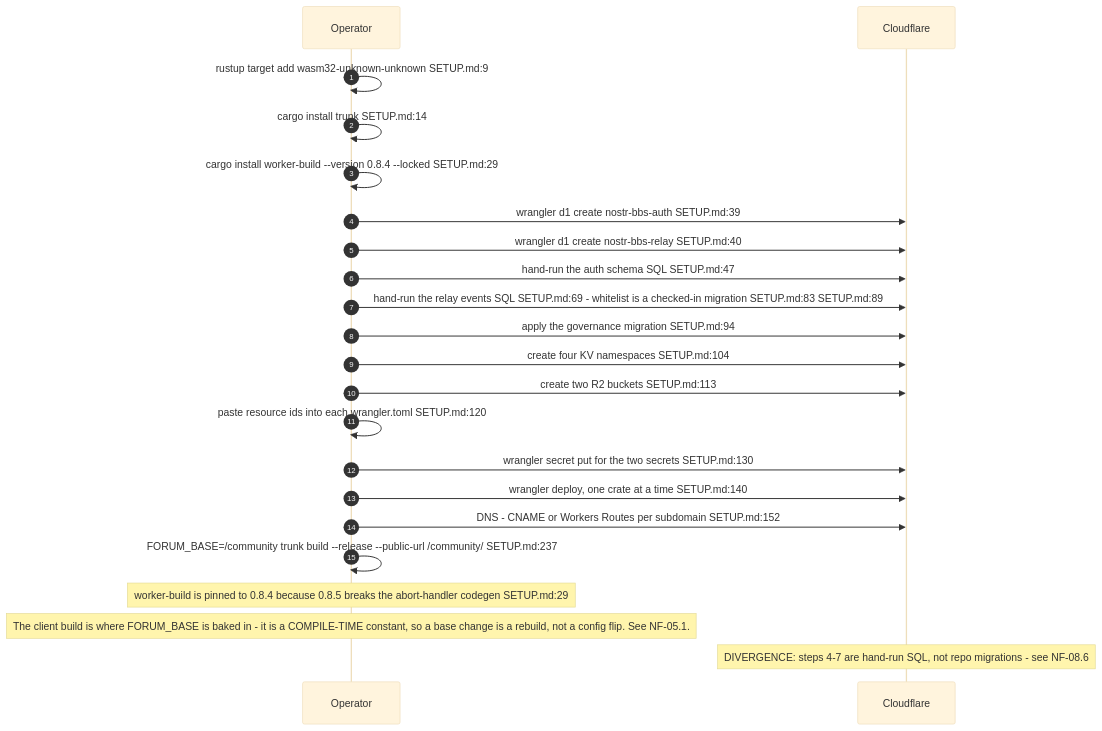
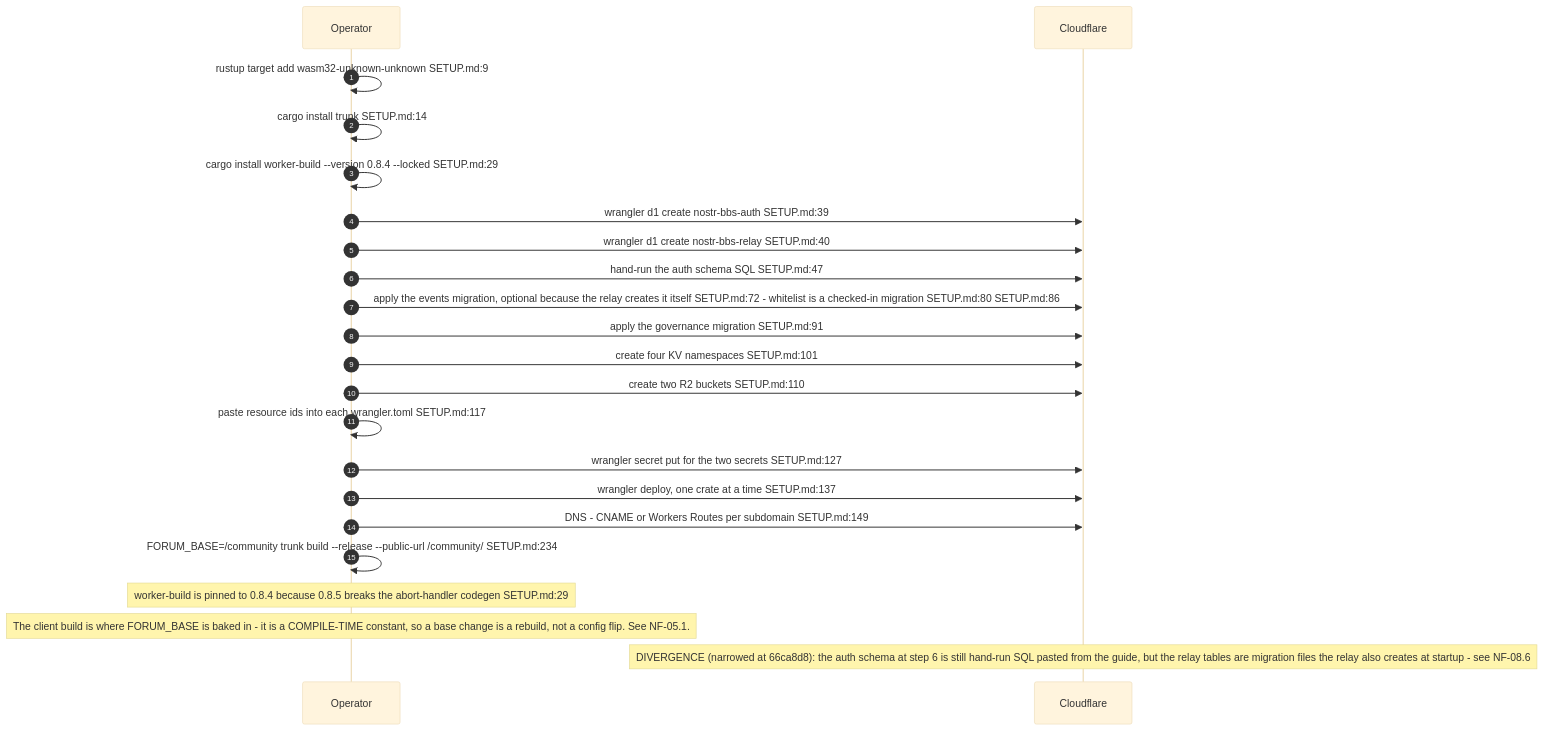
One commit to DreamLab-AI/VisionFlow changed the fifth of 9 diagrams in docs/diagrams/nostr-rust-forum/09-ci-deploy-canary-and-validation.md. Above: the diagram before and after it, drawn with Mermaid (base theme). The commit also changed other lines of this file and 26 other files, not shown here.

First line of the commit message:
docs(diagrams): re-verify solid-pod-rs, nostr-rust-forum and visionclaw 22/36 against HEAD

````diff
--- a/docs/diagrams/nostr-rust-forum/09-ci-deploy-canary-and-validation.md
+++ b/docs/diagrams/nostr-rust-forum/09-ci-deploy-canary-and-validation.md
@@ -126,26 +126,26 @@
 ```mermaid
 sequenceDiagram
     autonumber
     participant OP as Operator
     participant CF as Cloudflare
 
     OP->>OP: rustup target add wasm32-unknown-unknown SETUP.md:9
     OP->>OP: cargo install trunk SETUP.md:14
     OP->>OP: cargo install worker-build --version 0.8.4 --locked SETUP.md:29
     OP->>CF: wrangler d1 create nostr-bbs-auth SETUP.md:39
     OP->>CF: wrangler d1 create nostr-bbs-relay SETUP.md:40
     OP->>CF: hand-run the auth schema SQL SETUP.md:47
-    OP->>CF: hand-run the relay events SQL SETUP.md:69 - whitelist is a checked-in migration SETUP.md:83 SETUP.md:89
-    OP->>CF: apply the governance migration SETUP.md:94
-    OP->>CF: create four KV namespaces SETUP.md:104
-    OP->>CF: create two R2 buckets SETUP.md:113
-    OP->>OP: paste resource ids into each wrangler.toml SETUP.md:120
-    OP->>CF: wrangler secret put for the two secrets SETUP.md:130
-    OP->>CF: wrangler deploy, one crate at a time SETUP.md:140
-    OP->>CF: DNS - CNAME or Workers Routes per subdomain SETUP.md:152
-    OP->>OP: FORUM_BASE=/community trunk build --release --public-url /community/ SETUP.md:237
+    OP->>CF: apply the events migration, optional because the relay creates it itself SETUP.md:72 - whitelist is a checked-in migration SETUP.md:80 SETUP.md:86
+    OP->>CF: apply the governance migration SETUP.md:91
+    OP->>CF: create four KV namespaces SETUP.md:101
+    OP->>CF: create two R2 buckets SETUP.md:110
+    OP->>OP: paste resource ids into each wrangler.toml SETUP.md:117
+    OP->>CF: wrangler secret put for the two secrets SETUP.md:127
+    OP->>CF: wrangler deploy, one crate at a time SETUP.md:137
+    OP->>CF: DNS - CNAME or Workers Routes per subdomain SETUP.md:149
+    OP->>OP: FORUM_BASE=/community trunk build --release --public-url /community/ SETUP.md:234
 
     Note over OP: worker-build is pinned to 0.8.4 because 0.8.5 breaks the abort-handler codegen SETUP.md:29
     Note over OP: The client build is where FORUM_BASE is baked in - it is a COMPILE-TIME constant, so a base change is a rebuild, not a config flip. See NF-05.1.
-    Note over CF: DIVERGENCE: steps 4-7 are hand-run SQL, not repo migrations - see NF-08.6
+    Note over CF: DIVERGENCE (narrowed at 66ca8d8): the auth schema at step 6 is still hand-run SQL pasted from the guide, but the relay tables are migration files the relay also creates at startup - see NF-08.6
 ```
````
